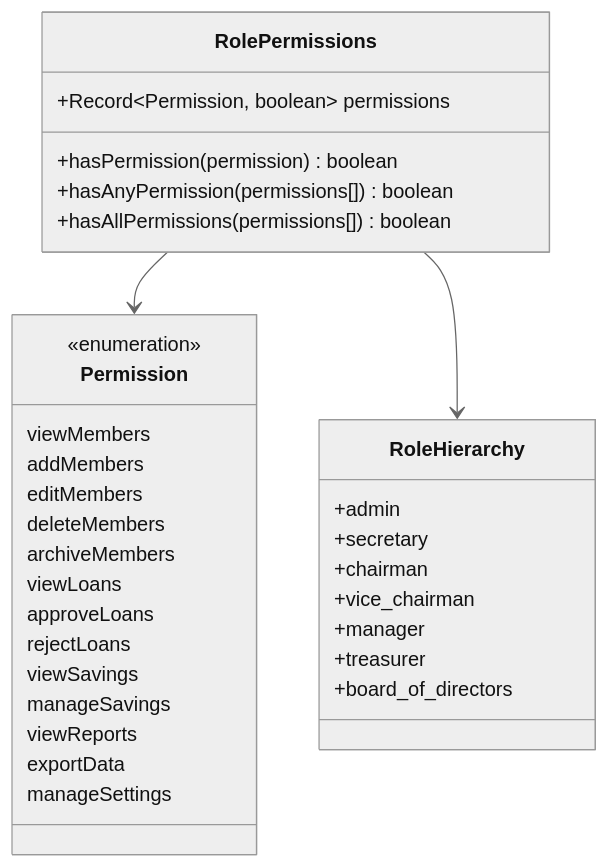
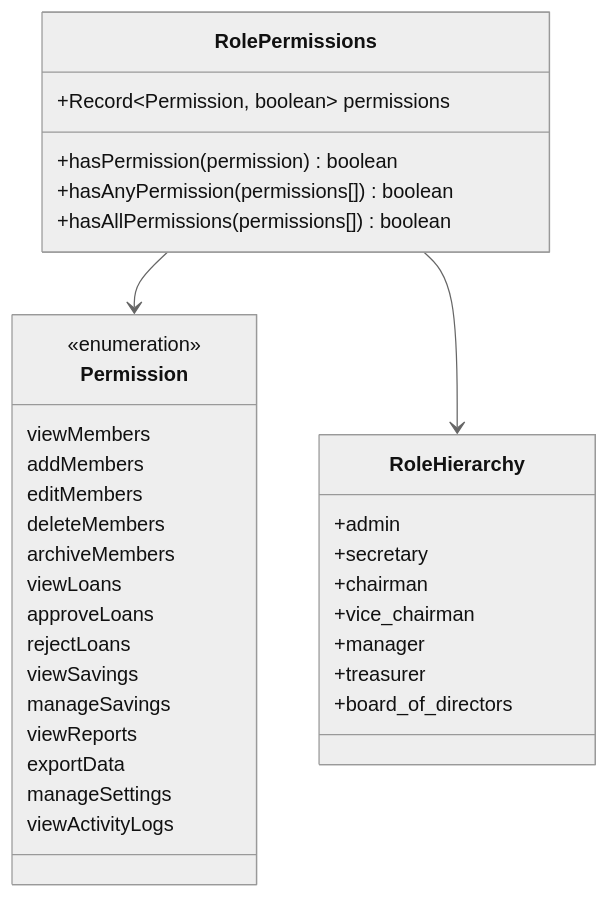
The fourth of 9 diagrams in .qoder/repowiki/en/content/Dashboard System Architecture/Collapsible Navigation System.md (Unsure-bry/sampacoop_system), drawn with Mermaid (neutral theme) before and after one commit. The commit also changed other lines of this file and 5 other files, not shown here.

````diff
--- a/.qoder/repowiki/en/content/Dashboard System Architecture/Collapsible Navigation System.md
+++ b/.qoder/repowiki/en/content/Dashboard System Architecture/Collapsible Navigation System.md
@@ -217,36 +234,37 @@
 ```mermaid
 classDiagram
 class RolePermissions {
 +Record~Permission, boolean~ permissions
 +hasPermission(permission) boolean
 +hasAnyPermission(permissions[]) boolean
 +hasAllPermissions(permissions[]) boolean
 }
 class Permission {
 <<enumeration>>
 viewMembers
 addMembers
 editMembers
 deleteMembers
 archiveMembers
 viewLoans
 approveLoans
 rejectLoans
 viewSavings
 manageSavings
 viewReports
 exportData
 manageSettings
+viewActivityLogs
 }
 class RoleHierarchy {
 +admin
 +secretary
 +chairman
 +vice_chairman
 +manager
 +treasurer
 +board_of_directors
 }
 RolePermissions --> Permission
 RolePermissions --> RoleHierarchy
 ```
````
